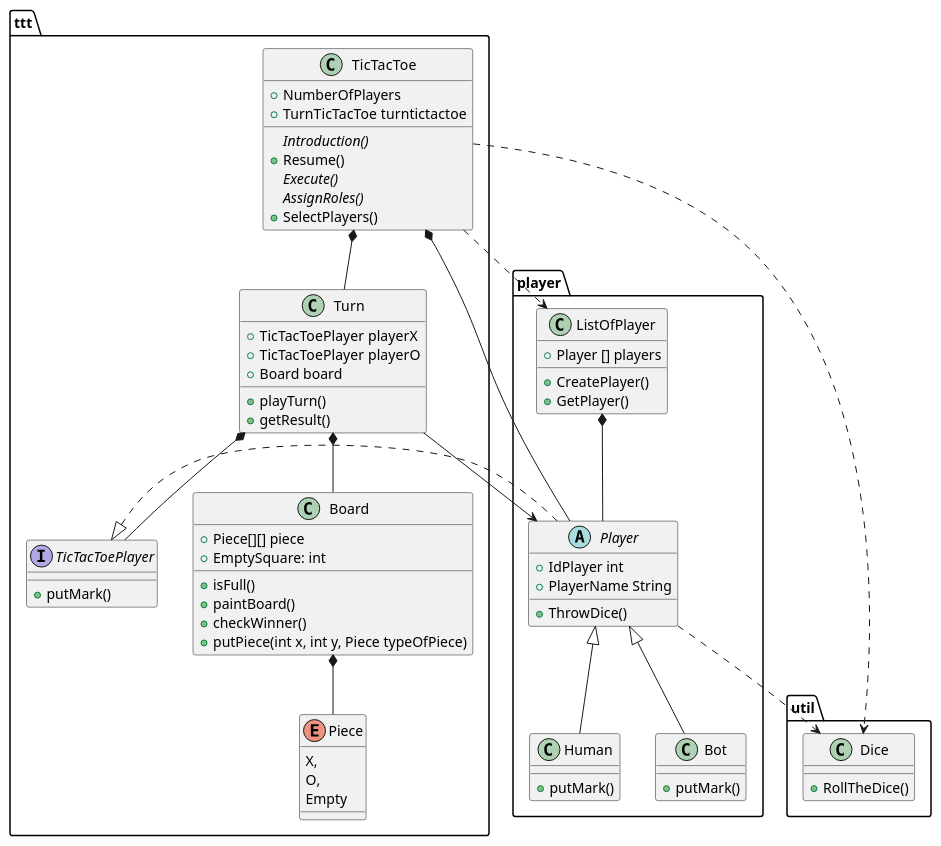
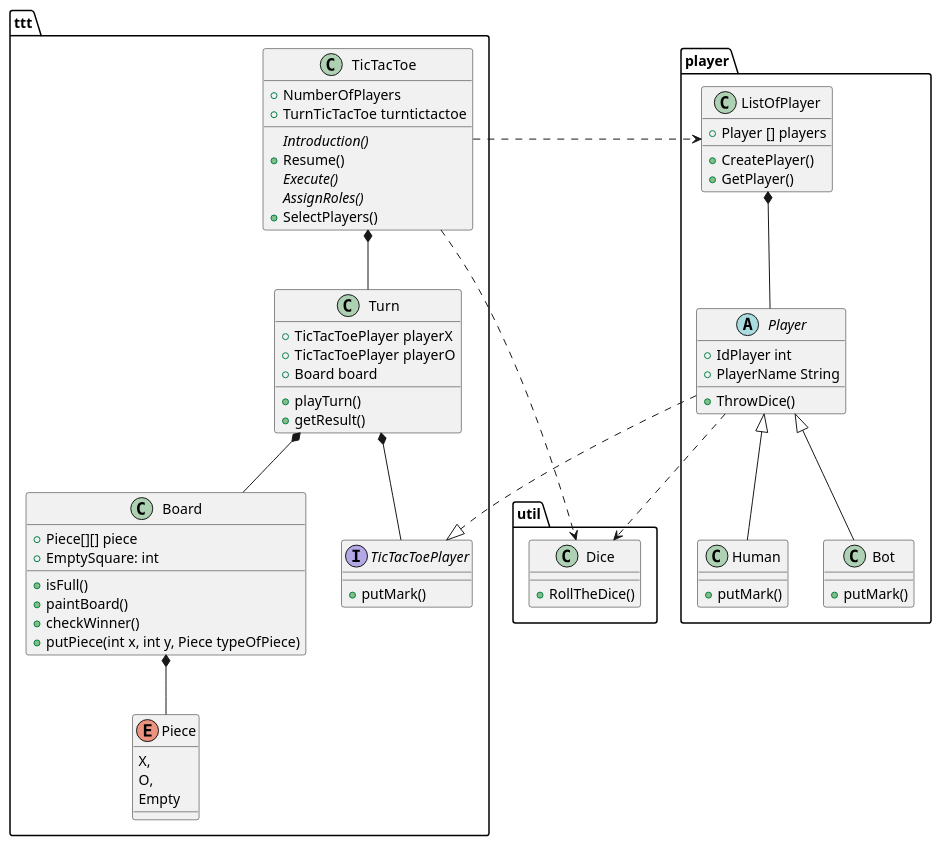
The diagram in diagrams/ClassDiagramTicTacToe.wsd (Gabs16TL/Games_Platform), drawn with PlantUML before and after one commit. The commit also changed 1 other file, not shown here.

Commit message:
Se disminuyó el acoplamiento en los diagramas

```diff
--- a/diagrams/ClassDiagramTicTacToe.wsd
+++ b/diagrams/ClassDiagramTicTacToe.wsd
@@ -1,80 +1,75 @@
 @startuml Tictactoe
 
-
 package player {
-abstract class Player {
-    +IdPlayer int
-    +PlayerName String
-    +ThrowDice()
-}
-Class ListOfPlayer {
-    +Player [] players
-    +CreatePlayer()
-    +GetPlayer()
-}
-
-Class Human {
-    +putMark()
-}
-
-Class Bot {
-  +putMark()
-}
+    abstract class Player {
+        +IdPlayer int
+        +PlayerName String
+        +ThrowDice()
+    }
+    Class ListOfPlayer {
+        +Player [] players
+        +CreatePlayer()
+        +GetPlayer()
+    }
+    Class Human {
+        +putMark()
+    }
+    Class Bot {
+        +putMark()
+    }
 }
 
 package util {
-class Dice {
-    +RollTheDice()
-}
+    class Dice {
+        +RollTheDice()
+    }
 }
 
 package ttt {
-class TicTacToe {
-     +NumberOfPlayers
-    +TurnTicTacToe turntictactoe
-    {abstract}Introduction()
-    +Resume()
-    {abstract}Execute()
-    {abstract}AssignRoles()
-    +SelectPlayers()
-}
-interface TicTacToePlayer {
-    +putMark()
-}
-class Turn {
-    +TicTacToePlayer playerX
-    +TicTacToePlayer playerO
-    +Board board
-    +playTurn()
-    +getResult()
-}
-class Board {
-    +Piece[][] piece
-    +EmptySquare: int
-    +isFull()
-    +paintBoard()
-    +checkWinner()
-    +putPiece(int x, int y, Piece typeOfPiece)
-}
-Enum Piece {
-   X,
-   O,
-   Empty
-}
+    class TicTacToe {
+        +NumberOfPlayers
+        +TurnTicTacToe turntictactoe
+        {abstract}Introduction()
+        +Resume()
+        {abstract}Execute()
+        {abstract}AssignRoles()
+        +SelectPlayers()
+    }
+    interface TicTacToePlayer {
+        +putMark()
+    }
+    class Turn {
+        +TicTacToePlayer playerX
+        +TicTacToePlayer playerO
+        +Board board
+        +playTurn()
+        +getResult()
+    }
+    class Board {
+        +Piece[][] piece
+        +EmptySquare: int
+        +isFull()
+        +paintBoard()
+        +checkWinner()
+        +putPiece(int x, int y, Piece typeOfPiece)
+    }
+    Enum Piece {
+        X,
+        O,
+        Empty
+    }
 }
 
 TicTacToe *-- Turn
 Turn *-- TicTacToePlayer
-TicTacToe *-- Player
 Board *-- Piece
 TicTacToe ..> ListOfPlayer
 ListOfPlayer *-- Player
 Turn *-- Board
 Player ..|> TicTacToePlayer
 Player <|-- Human
 Player <|-- Bot
-Turn --> Player
 TicTacToe ..> Dice
 Player ..> Dice
 
 @enduml
```
